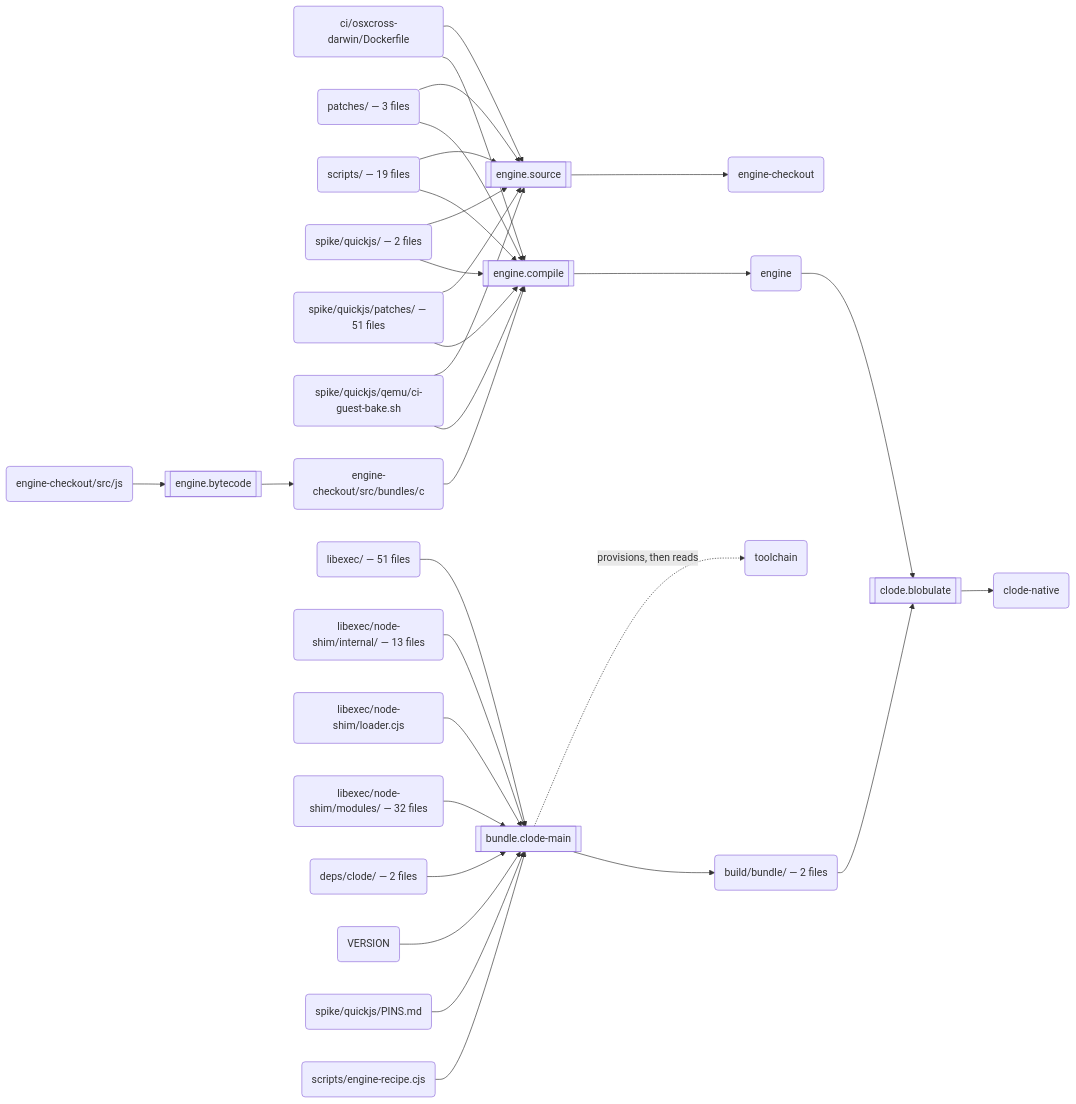
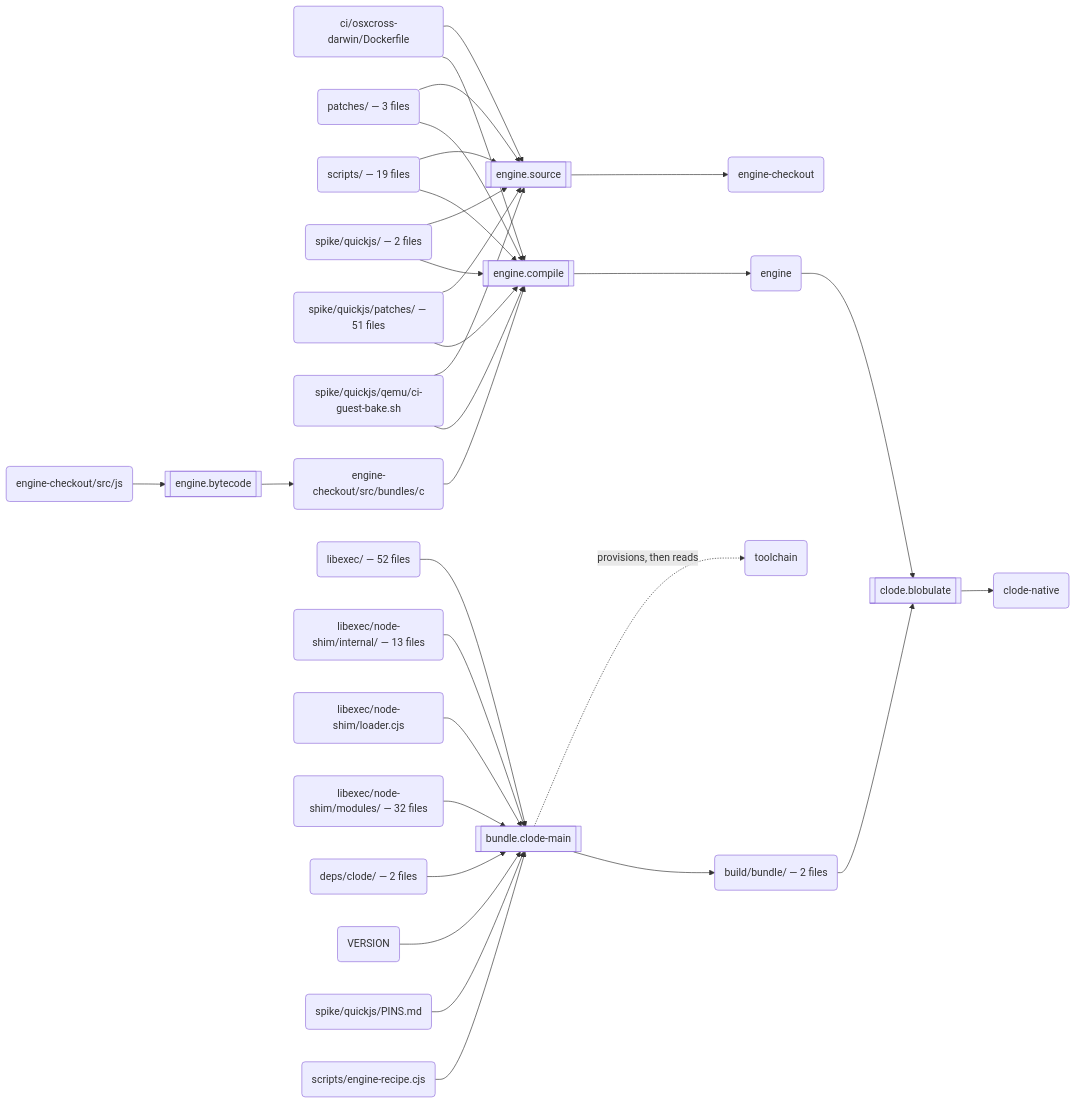
Before and after one commit to schmonz/clode: the second of 3 diagrams in docs/build.md, drawn with Mermaid. The commit also changed 33 other files, not shown here.

````diff
--- a/docs/build.md
+++ b/docs/build.md
@@ -123,59 +123,59 @@
 ```mermaid
 flowchart LR
   s0[["engine.source"]]
   a0("ci/osxcross-darwin/Dockerfile")
   a1("patches/ — 3 files")
   a2("scripts/ — 19 files")
   a3("spike/quickjs/ — 2 files")
   a4("spike/quickjs/patches/ — 51 files")
   a5("spike/quickjs/qemu/ci-guest-bake.sh")
   a6("engine-checkout")
   s1[["engine.bytecode"]]
   a7("engine-checkout/src/js")
   a8("engine-checkout/src/bundles/c")
   s2[["engine.compile"]]
   a9("engine")
   s3[["bundle.clode-main"]]
-  a10("libexec/ — 51 files")
+  a10("libexec/ — 52 files")
   a11("libexec/node-shim/internal/ — 13 files")
   a12("libexec/node-shim/loader.cjs")
   a13("libexec/node-shim/modules/ — 32 files")
   a14("deps/clode/ — 2 files")
   a15("VERSION")
   a16("spike/quickjs/PINS.md")
   a17("scripts/engine-recipe.cjs")
   a18("toolchain")
   a19("build/bundle/ — 2 files")
   s4[["clode.blobulate"]]
   a20("clode-native")
   a0 --> s0
   a1 --> s0
   a2 --> s0
   a3 --> s0
   a4 --> s0
   a5 --> s0
   s0 --> a6
   a7 --> s1
   s1 --> a8
   a8 --> s2
   a0 --> s2
   a1 --> s2
   a2 --> s2
   a3 --> s2
   a4 --> s2
   a5 --> s2
   s2 --> a9
   a10 --> s3
   a11 --> s3
   a12 --> s3
   a13 --> s3
   a14 --> s3
   a15 --> s3
   a16 --> s3
   a17 --> s3
   s3 -.->|"provisions, then reads"| a18
   s3 --> a19
   a9 --> s4
   a19 --> s4
   s4 --> a20
 ```
````
